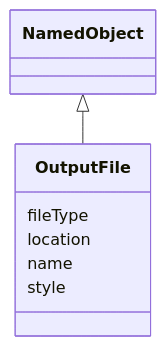
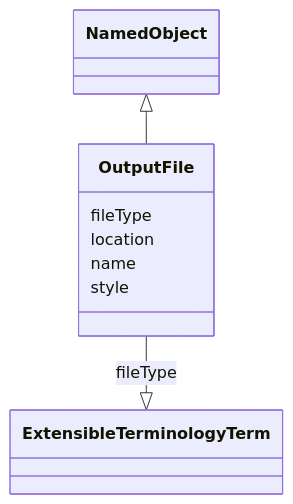
One commit to cdisc-org/analysis-results-standard changed the diagram in project/docs/OutputFile.md. Above: the diagram before and after it, drawn with Mermaid. The commit also changed other lines of this file and 281 other files, not shown here.

````diff
--- a/project/docs/OutputFile.md
+++ b/project/docs/OutputFile.md
@@ -14,15 +14,17 @@
 ```mermaid
  classDiagram
     class OutputFile
       NamedObject <|-- OutputFile
       
       OutputFile : fileType
+        
+          OutputFile --|> ExtensibleTerminologyTerm : fileType
         
       OutputFile : location
         
       OutputFile : name
         
       OutputFile : style
         
       
 ```
````
